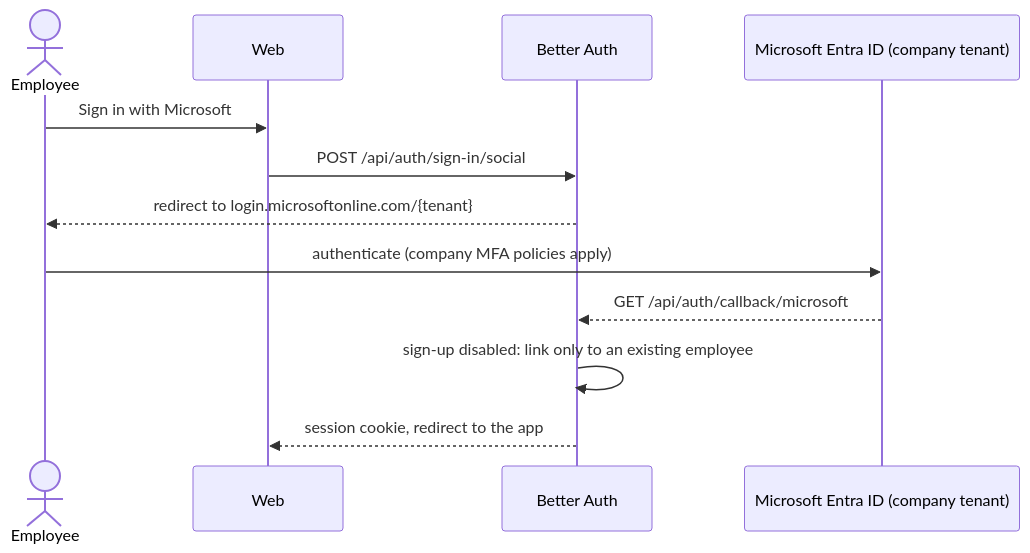
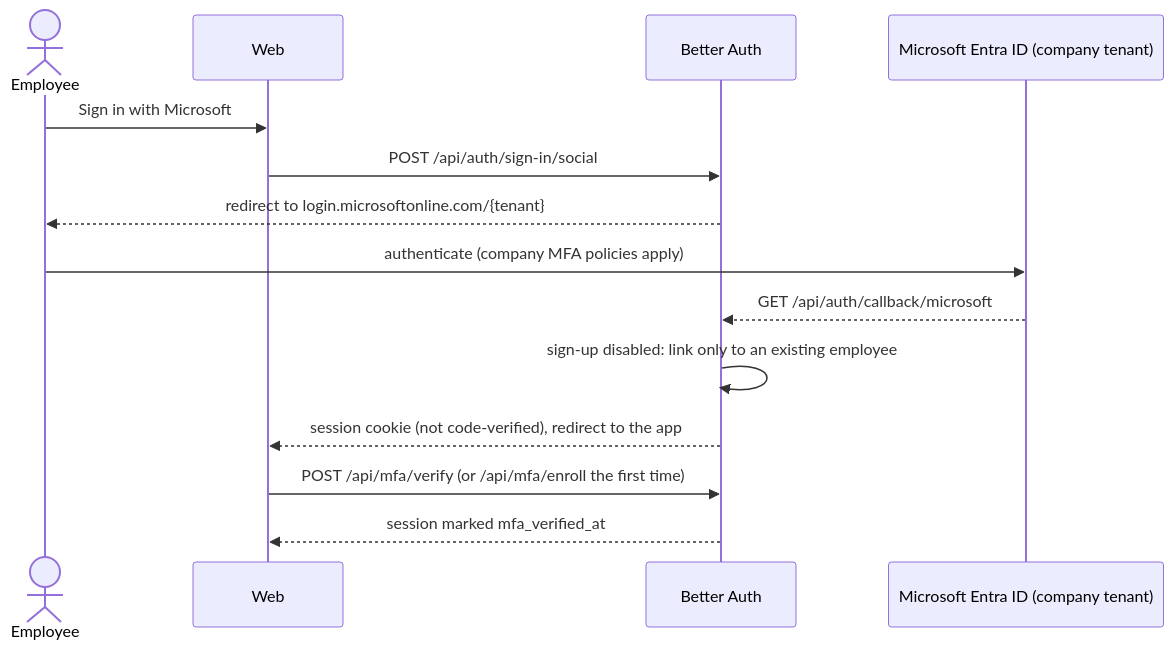
Diagram 11 of 11 in README.md (Arweqah-Company/arweqah_platform), drawn with Mermaid before and after one commit. The commit also changed other lines of this file and 420 other files, not shown here.

````diff
--- a/README.md
+++ b/README.md
@@ -313,14 +426,16 @@
 ```mermaid
 sequenceDiagram
   actor U as Employee
   participant W as Web
   participant BA as Better Auth
   participant MS as Microsoft Entra ID (company tenant)
   U->>W: Sign in with Microsoft
   W->>BA: POST /api/auth/sign-in/social
   BA-->>U: redirect to login.microsoftonline.com/{tenant}
   U->>MS: authenticate (company MFA policies apply)
   MS-->>BA: GET /api/auth/callback/microsoft
   BA->>BA: sign-up disabled: link only to an existing employee
-  BA-->>W: session cookie, redirect to the app
+  BA-->>W: session cookie (not code-verified), redirect to the app
+  W->>BA: POST /api/mfa/verify (or /api/mfa/enroll the first time)
+  BA-->>W: session marked mfa_verified_at
 ```
````
